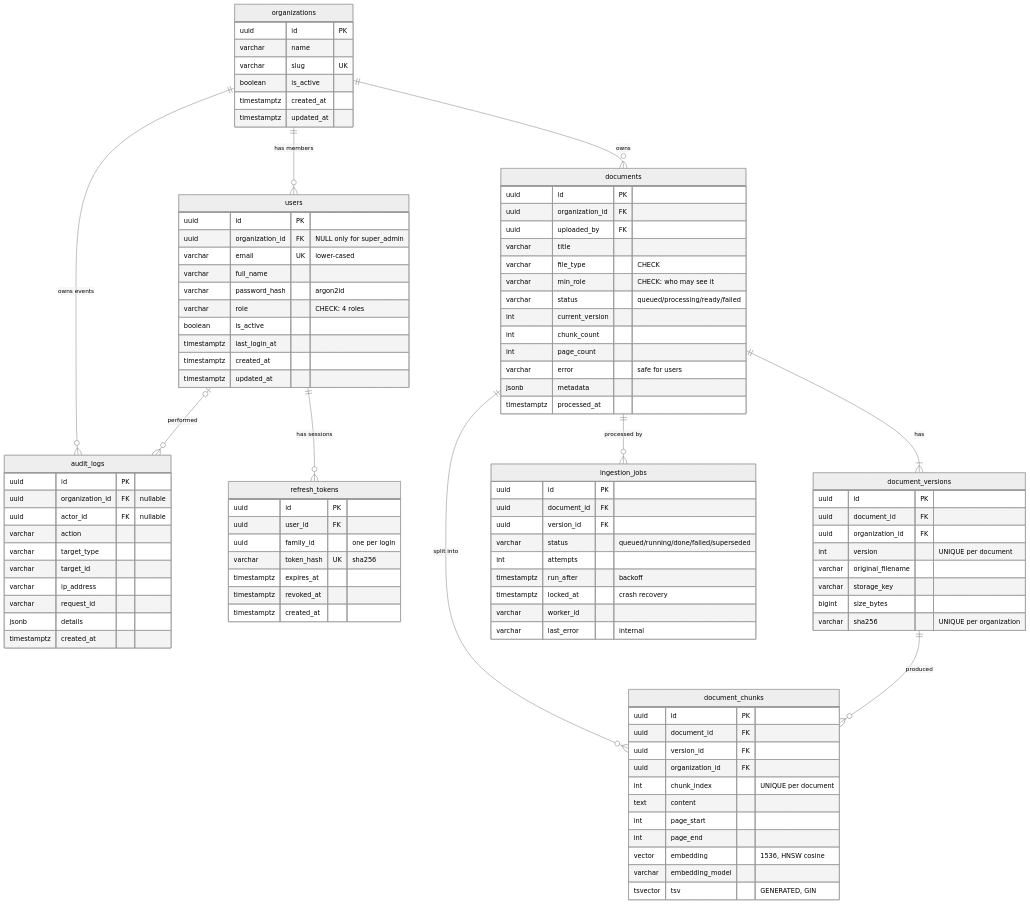
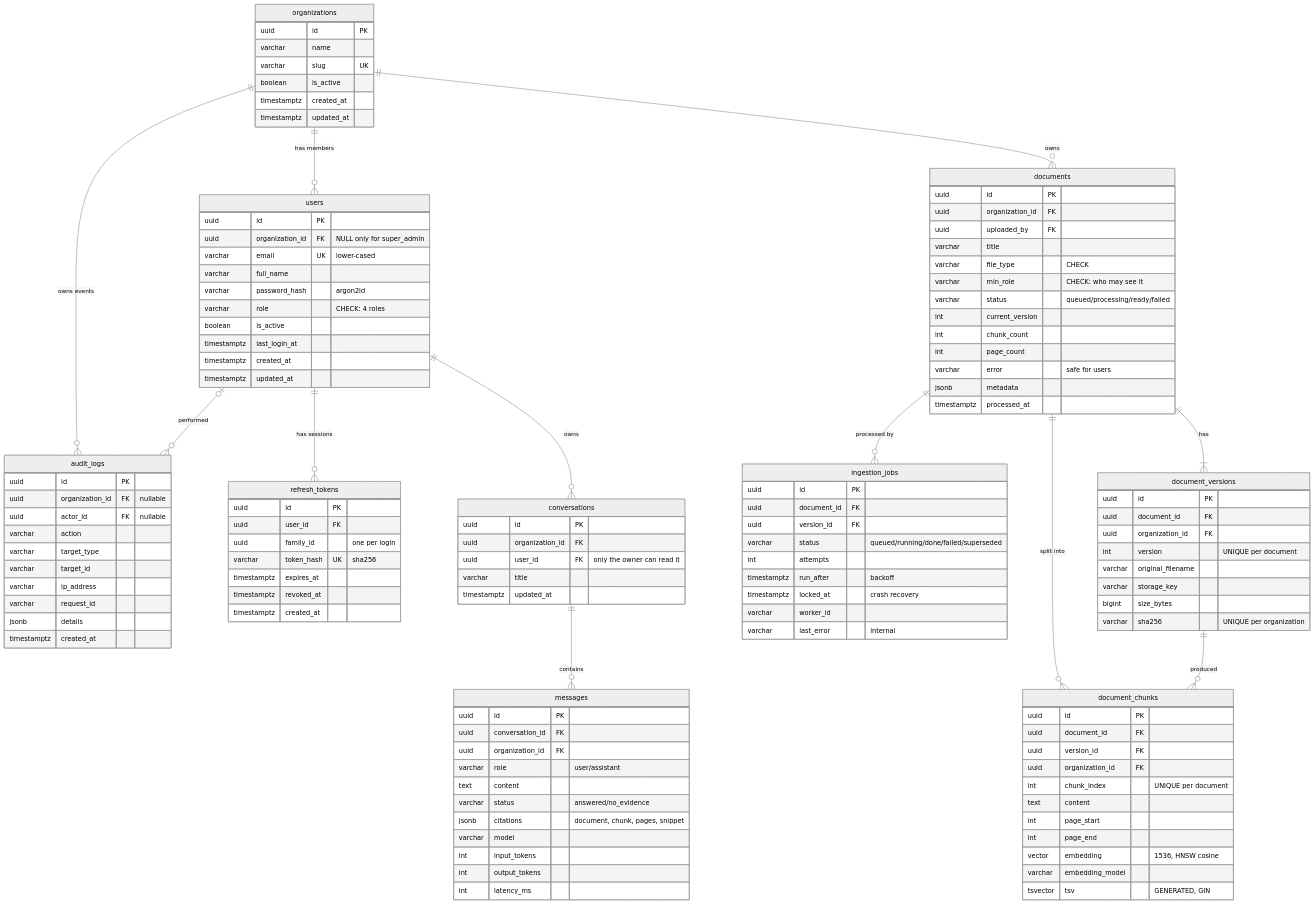
One commit to AdityaTiwarime/nexusai changed the diagram in docs/database-design.md. Above: the diagram before and after it, drawn with Mermaid (neutral theme). The commit also changed other lines of this file and 55 other files, not shown here.

````diff
--- a/docs/database-design.md
+++ b/docs/database-design.md
@@ -15,6 +15,8 @@
     documents ||--o{ document_chunks : "split into"
     document_versions ||--o{ document_chunks : "produced"
     documents ||--o{ ingestion_jobs : "processed by"
+    users ||--o{ conversations : "owns"
+    conversations ||--o{ messages : "contains"
 
     organizations {
         uuid id PK
@@ -106,4 +108,24 @@
         varchar worker_id
         varchar last_error "internal"
     }
+    conversations {
+        uuid id PK
+        uuid organization_id FK
+        uuid user_id FK "only the owner can read it"
+        varchar title
+        timestamptz updated_at
+    }
+    messages {
+        uuid id PK
+        uuid conversation_id FK
+        uuid organization_id FK
+        varchar role "user/assistant"
+        text content
+        varchar status "answered/no_evidence"
+        jsonb citations "document, chunk, pages, snippet"
+        varchar model
+        int input_tokens
+        int output_tokens
+        int latency_ms
+    }
 ```
````
